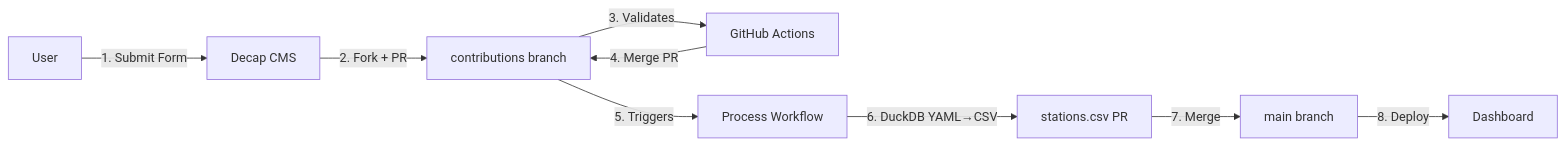
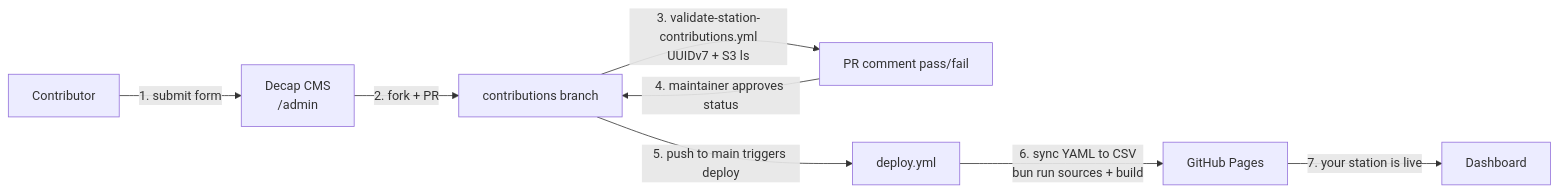
The first of 3 diagrams in CONTRIBUTING.md (walkthru-earth/opensensor-space), drawn with Mermaid before and after one commit. The commit also changed other lines of this file and 2 other files, not shown here.

````diff
--- a/CONTRIBUTING.md
+++ b/CONTRIBUTING.md
@@ -12,11 +15,10 @@
 ```mermaid
 flowchart LR
-    A[User] -->|1. Submit Form| B[Decap CMS]
-    B -->|2. Fork + PR| C[contributions branch]
-    C -->|3. Validates| D[GitHub Actions]
-    D -->|4. Merge PR| C
-    C -->|5. Triggers| E[Process Workflow]
-    E -->|6. DuckDB YAML→CSV| F[stations.csv PR]
-    F -->|7. Merge| G[main branch]
-    G -->|8. Deploy| H[Dashboard]
+  A[Contributor] -->|1. submit form| B[Decap CMS<br/>/admin]
+  B -->|2. fork + PR| C[contributions branch]
+  C -->|3. validate-station-contributions.yml<br/>UUIDv7 + S3 ls| V[PR comment pass/fail]
+  V -->|4. maintainer approves status| C
+  C -->|5. push to main triggers deploy| D[deploy.yml]
+  D -->|6. sync YAML to CSV<br/>bun run sources + build| G[GitHub Pages]
+  G -->|7. your station is live| U[Dashboard]
 ```
````
